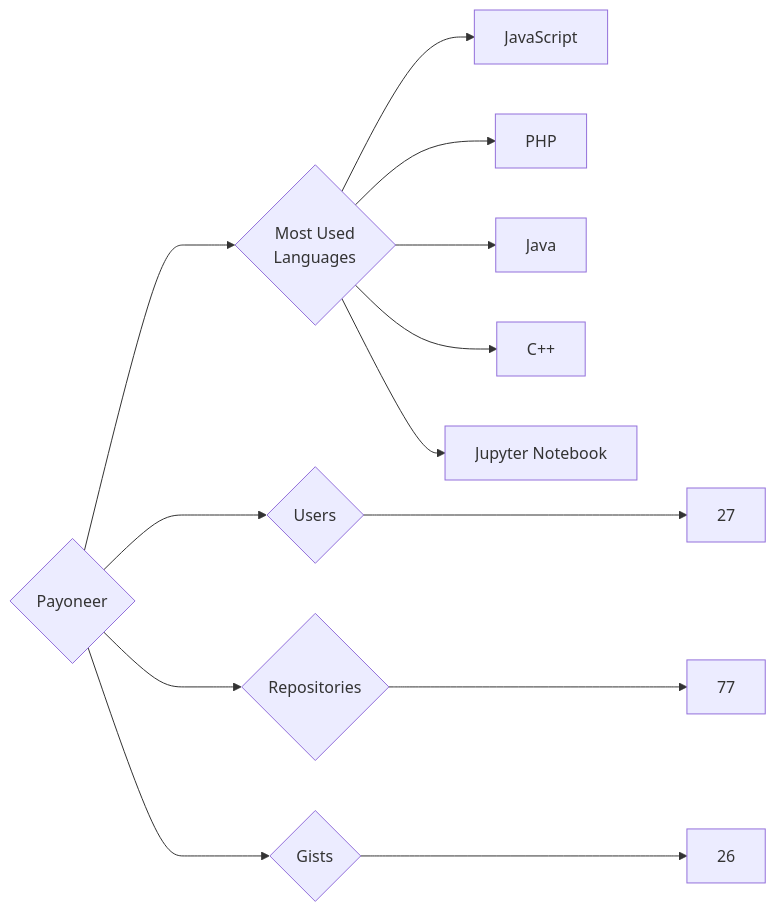
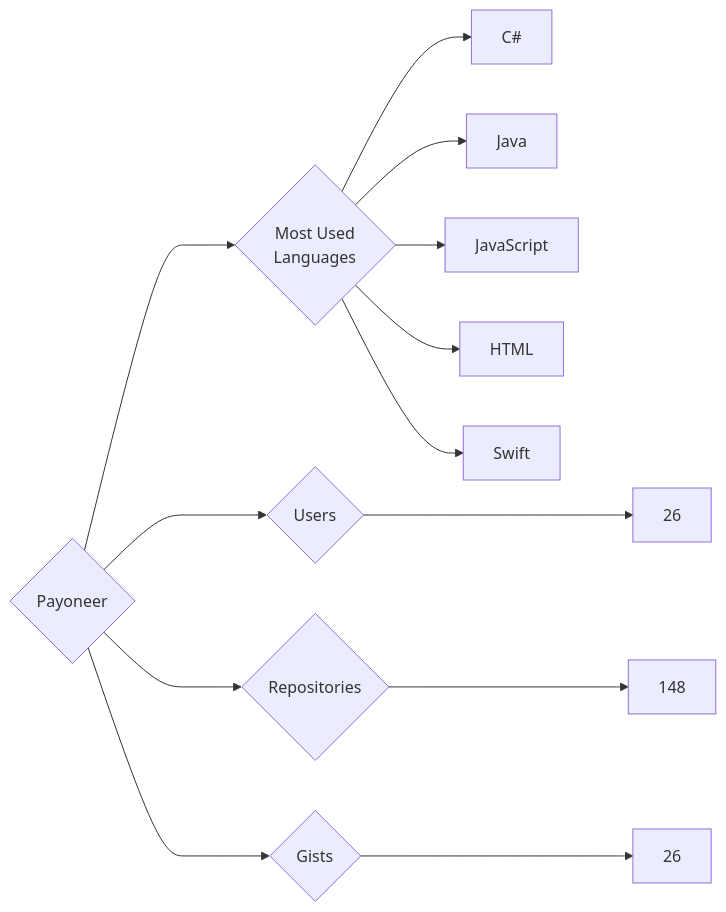
The diagram in targets/Payoneer/README.md (trickest/insiders), drawn with Mermaid before and after one commit. The commit also changed 895 other files, not shown here.

````diff
--- a/targets/Payoneer/README.md
+++ b/targets/Payoneer/README.md
@@ -3,13 +3,13 @@
 ```mermaid
 graph LR
 COMPANY_NAME{Payoneer}
-COMPANY_NAME ---> U{Users} ---> UN[27]
-COMPANY_NAME ---> R{Repositories} ---> RN[77]
+COMPANY_NAME ---> U{Users} ---> UN[26]
+COMPANY_NAME ---> R{Repositories} ---> RN[148]
 COMPANY_NAME ---> G{Gists} ---> GN[26]
 COMPANY_NAME ---> ML{Most Used<br>Languages}
+ML --> C#[C#]
+ML --> Java[Java]
 ML --> JavaScript[JavaScript]
-ML --> PHP[PHP]
-ML --> Java[Java]
-ML --> C++[C++]
-ML --> Jupyter_Notebook[Jupyter Notebook]
+ML --> HTML[HTML]
+ML --> Swift[Swift]
 ```
````
